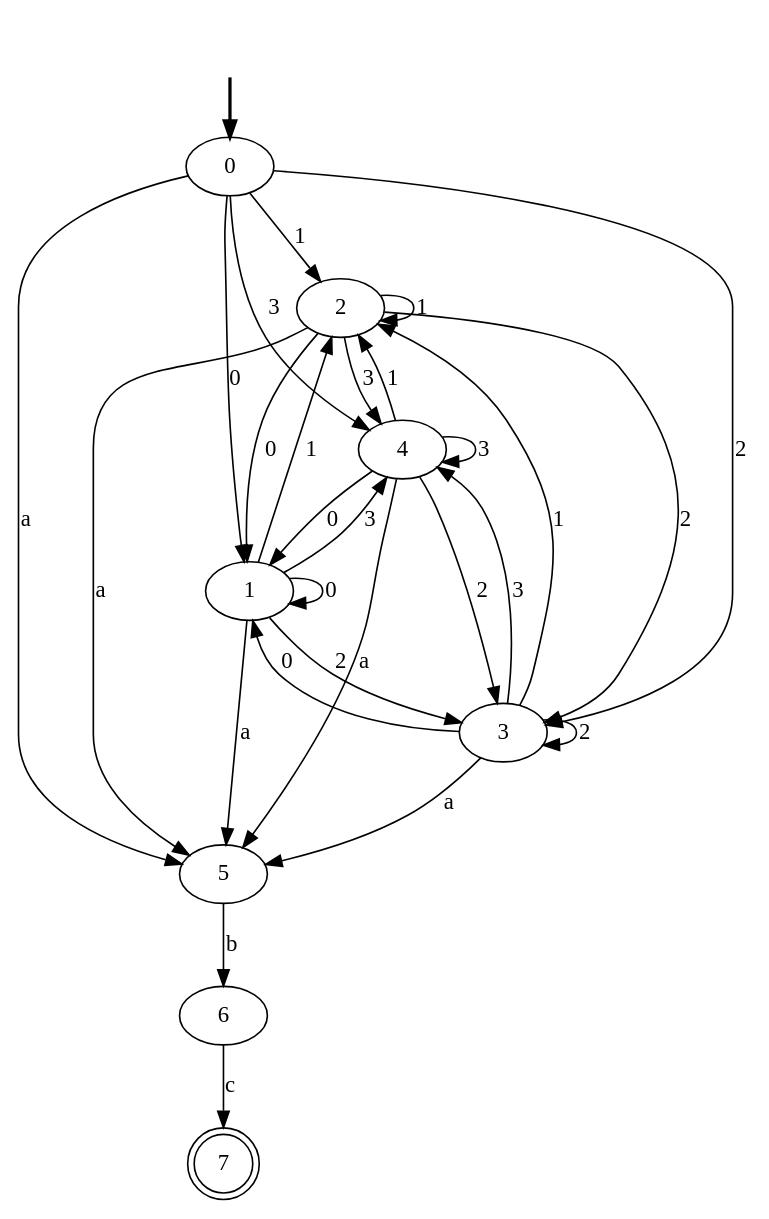
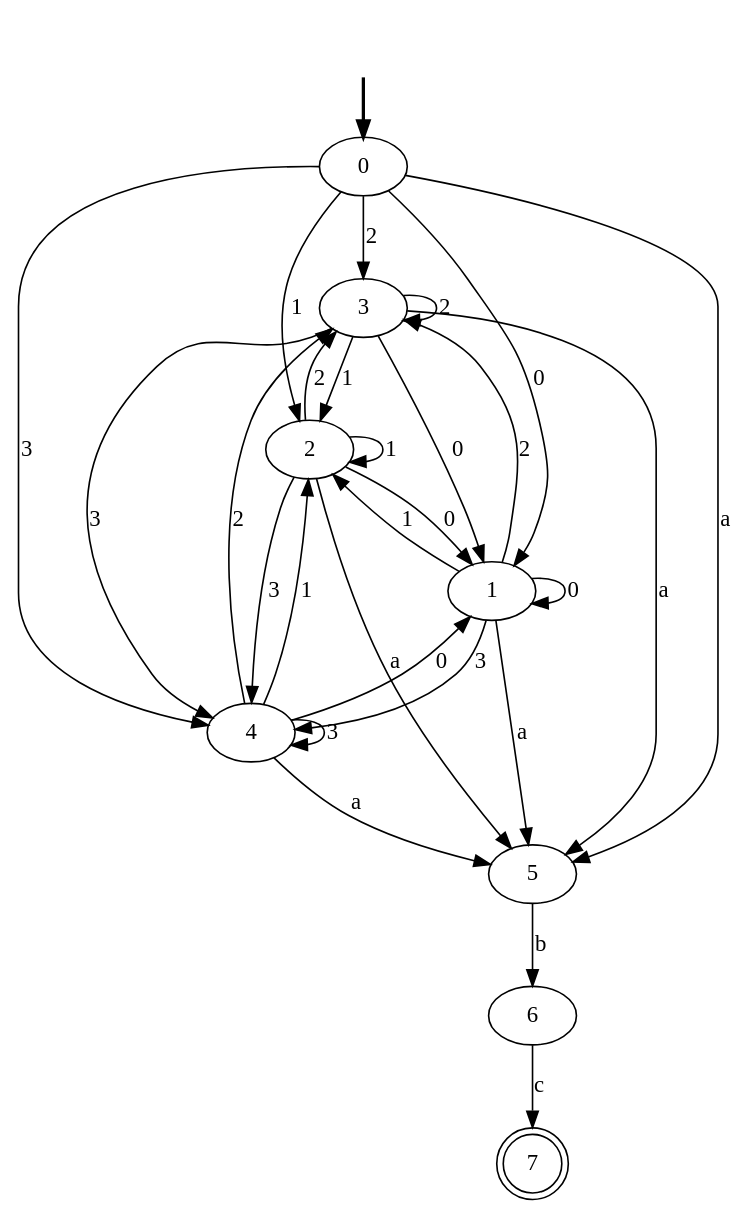
Before and after one commit to maupeon/Compiladores: the diagram in Tarea 1/output_DFA.dot, drawn with Graphviz. The commit also changed other lines of this file and 5 other files, not shown here.

```diff
--- a/Tarea 1/output_DFA.dot
+++ b/Tarea 1/output_DFA.dot
@@ -1,39 +1,39 @@
 digraph {
 	fake [style=invisible]
+	3
+	2
+	6
+	4
 	0 [root=true]
-	6
-	2
-	4
-	3
 	5
 	7 [shape=doublecircle]
 	1
 	fake -> 0 [style=bold]
 	0 -> 1 [label=0]
 	0 -> 2 [label=1]
 	0 -> 3 [label=2]
 	0 -> 4 [label=3]
 	0 -> 5 [label=a]
 	1 -> 1 [label=0]
 	1 -> 2 [label=1]
 	1 -> 3 [label=2]
 	1 -> 4 [label=3]
 	1 -> 5 [label=a]
 	2 -> 1 [label=0]
 	2 -> 2 [label=1]
 	2 -> 3 [label=2]
 	2 -> 4 [label=3]
 	2 -> 5 [label=a]
 	3 -> 1 [label=0]
 	3 -> 2 [label=1]
 	3 -> 3 [label=2]
 	3 -> 4 [label=3]
 	3 -> 5 [label=a]
 	4 -> 1 [label=0]
 	4 -> 2 [label=1]
 	4 -> 3 [label=2]
 	4 -> 4 [label=3]
 	4 -> 5 [label=a]
 	5 -> 6 [label=b]
 	6 -> 7 [label=c]
 }
```
